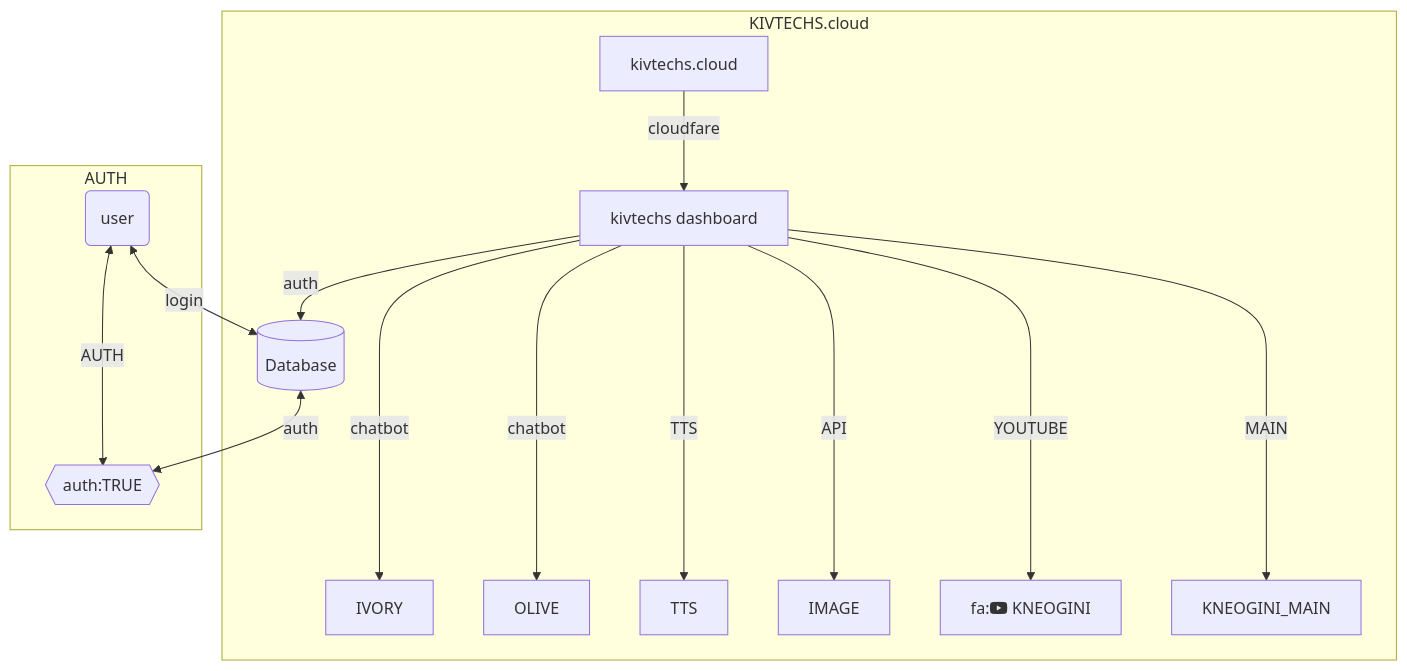
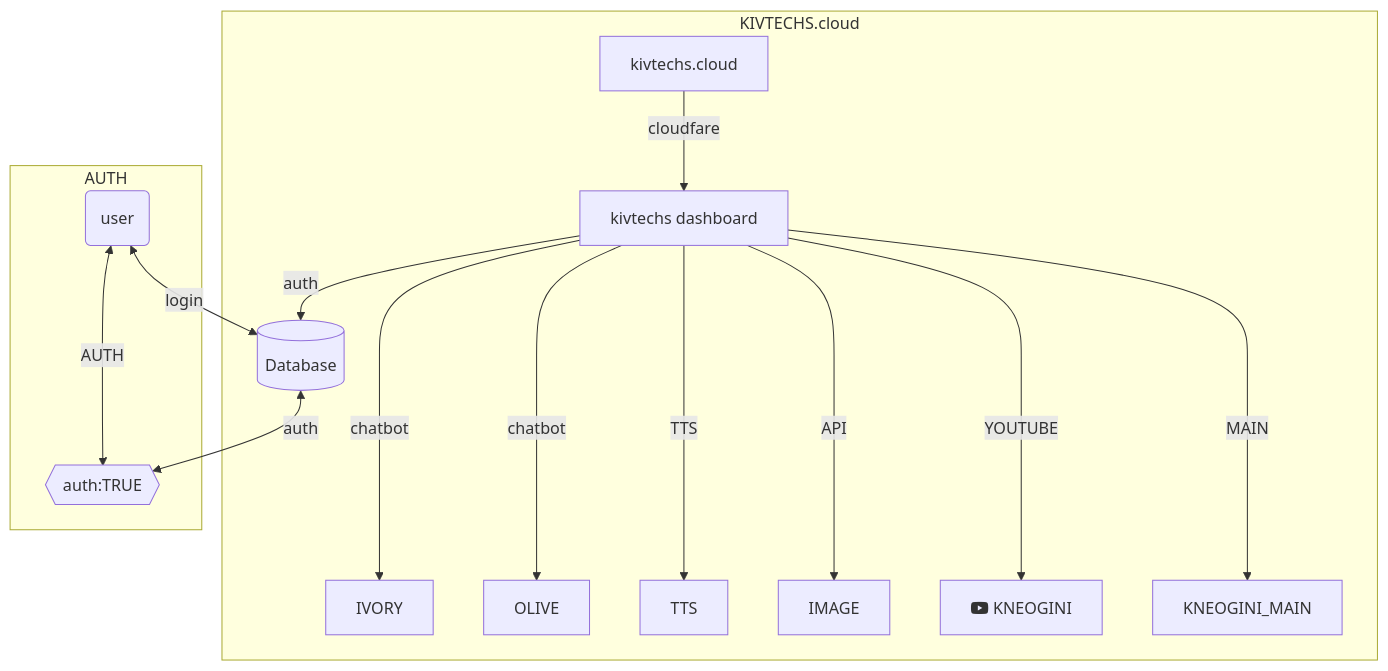
Before and after one commit to kivtechs-uml/kivtechs-uml: the diagram in README.md, drawn with Mermaid.

````diff
--- a/README.md
+++ b/README.md
@@ -6,24 +6,24 @@
 ```mermaid
 flowchart TD
     subgraph KIVTECHS.cloud
     A[kivtechs.cloud] -->|cloudfare| B(kivtechs dashboard)
     B[kivtechs dashboard] ----> |chatbot| C1[IVORY]
     B[kivtechs dashboard] ----> |chatbot| C2[OLIVE]
     B[kivtechs dashboard] ----> |TTS| H[TTS]
     B[kivtechs dashboard] ----> |API| E[IMAGE]
-    B[kivtechs dashboard] ----> |YOUTUBE| I[fa:fab:fa-youtube KNEOGINI]
+    B[kivtechs dashboard] ----> |YOUTUBE| I[fab:fa-youtube KNEOGINI]
     B[kivtechs dashboard] ----> |MAIN| G[KNEOGINI_MAIN]
     B --auth-->D[(Database)]
     end
     subgraph AUTH
       A1(user) <-- login --> D[(Database)] <-- auth --> U{{ auth:TRUE }}
      A1  <-- AUTH --> U
      end
   
     
 
 
 
 
 
 ```
````
